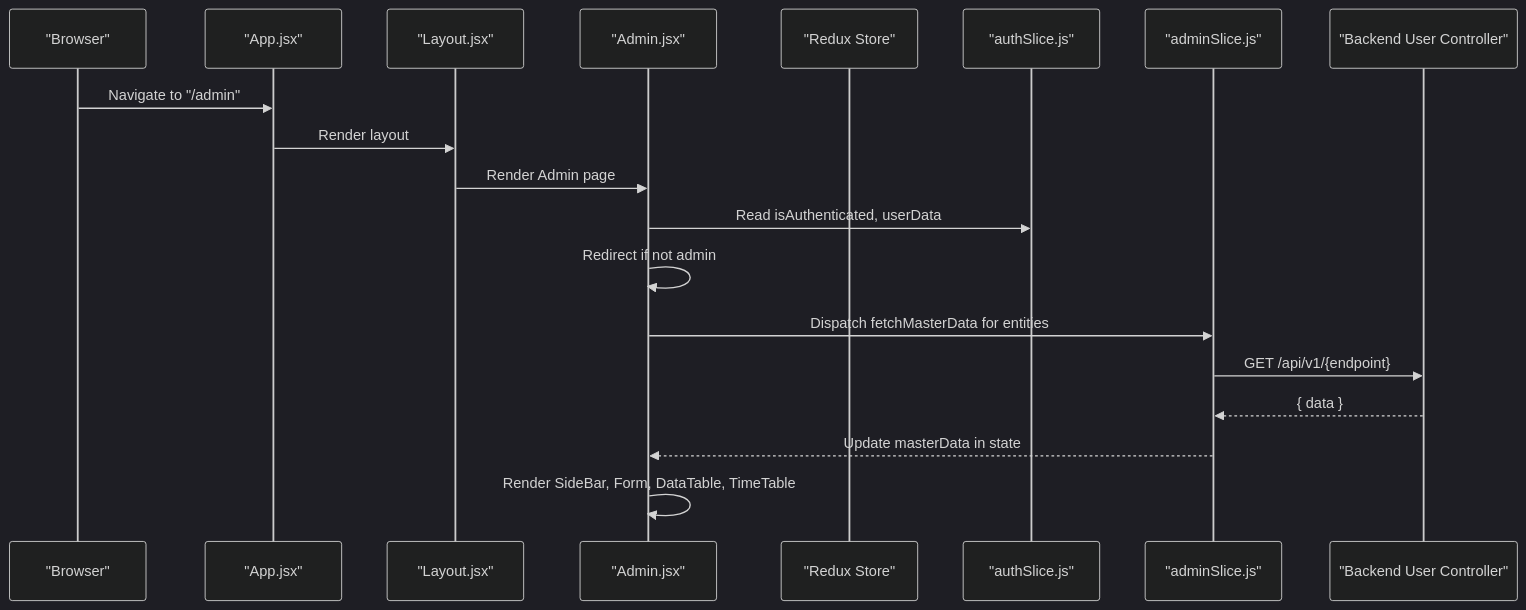
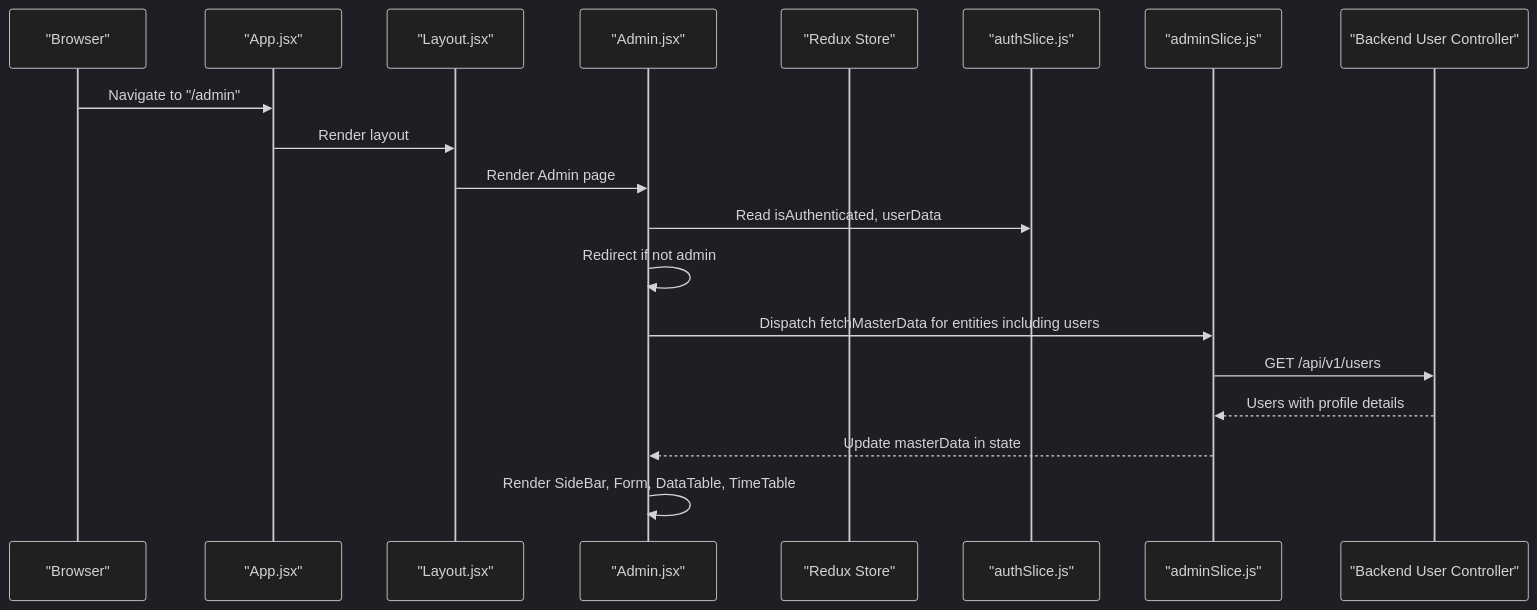
Before and after one commit to Aryan9060/Timetable-Project: the second of 5 diagrams in .qoder/repowiki/en/content/Master Data Management/Role-Based Dashboards.md, drawn with Mermaid (dark theme). The commit also changed other lines of this file and 8 other files, not shown here.

````diff
--- a/.qoder/repowiki/en/content/Master Data Management/Role-Based Dashboards.md
+++ b/.qoder/repowiki/en/content/Master Data Management/Role-Based Dashboards.md
@@ -132,21 +147,21 @@
 ```mermaid
 sequenceDiagram
 participant Browser as "Browser"
 participant App as "App.jsx"
 participant Layout as "Layout.jsx"
 participant Page as "Admin.jsx"
 participant Store as "Redux Store"
 participant Auth as "authSlice.js"
 participant Admin as "adminSlice.js"
 participant API as "Backend User Controller"
 Browser->>App : Navigate to "/admin"
 App->>Layout : Render layout
 Layout->>Page : Render Admin page
 Page->>Auth : Read isAuthenticated, userData
 Page->>Page : Redirect if not admin
-Page->>Admin : Dispatch fetchMasterData for entities
-Admin->>API : GET /api/v1/{endpoint}
-API-->>Admin : { data }
+Page->>Admin : Dispatch fetchMasterData for entities including users
+Admin->>API : GET /api/v1/users
+API-->>Admin : Users with profile details
 Admin-->>Page : Update masterData in state
 Page->>Page : Render SideBar, Form, DataTable, TimeTable
 ```
````
